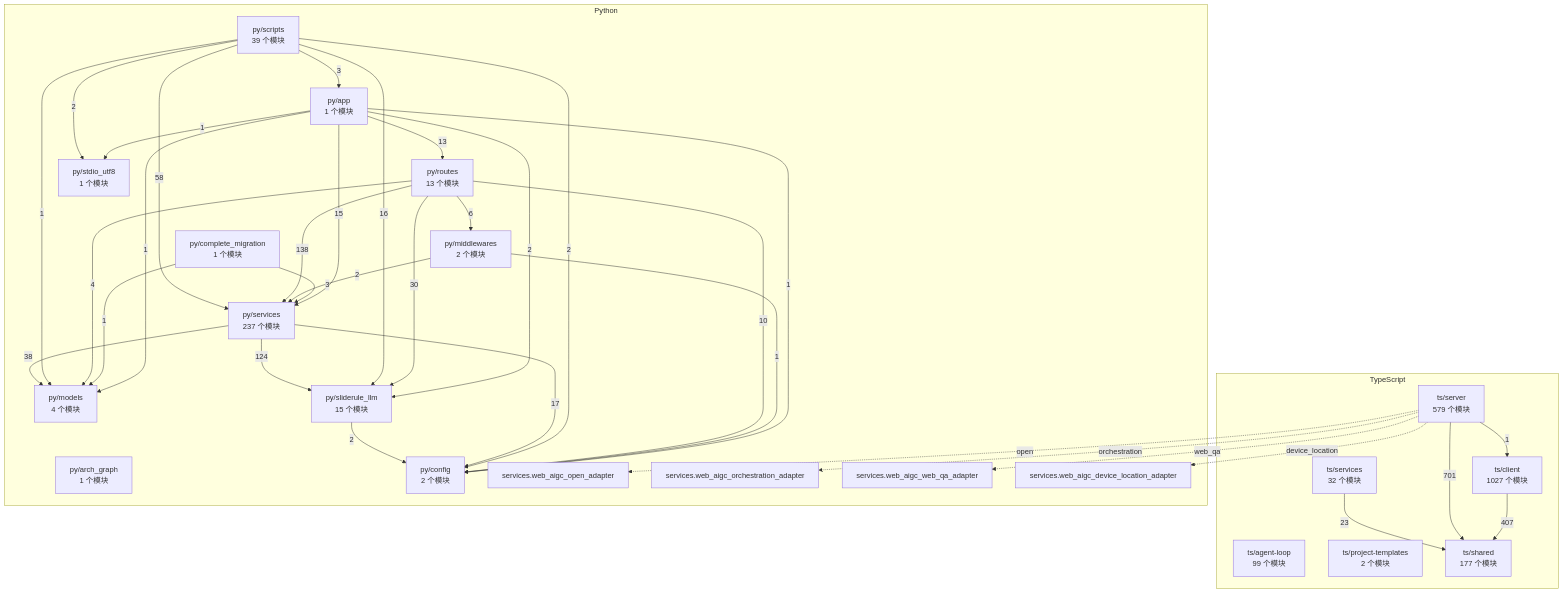
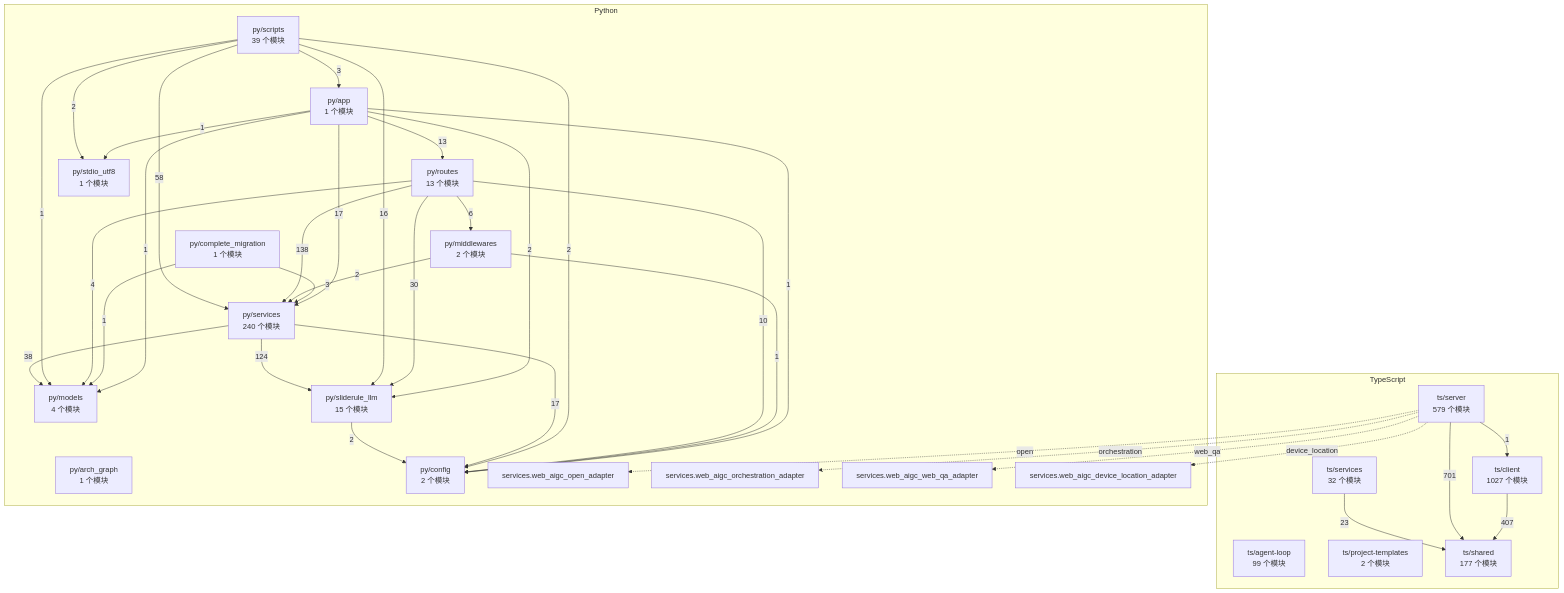
Before and after one commit to 2686521696/WhyBuddy: the diagram in docs/WhyBuddy 全仓架构图（自动生成）.md, drawn with Mermaid. The commit also changed 18 other files, not shown here.

````diff
--- a/docs/WhyBuddy 全仓架构图（自动生成）.md
+++ b/docs/WhyBuddy 全仓架构图（自动生成）.md
@@ -14,61 +14,61 @@
 ```mermaid
 flowchart TB
   subgraph ts [TypeScript]
     ts_agent_loop["ts/agent-loop<br/>99 个模块"]
     ts_client["ts/client<br/>1027 个模块"]
     ts_project_templates["ts/project-templates<br/>2 个模块"]
     ts_server["ts/server<br/>579 个模块"]
     ts_services["ts/services<br/>32 个模块"]
     ts_shared["ts/shared<br/>177 个模块"]
   end
   subgraph py [Python]
     py_app["py/app<br/>1 个模块"]
     py_arch_graph["py/arch_graph<br/>1 个模块"]
     py_complete_migration["py/complete_migration<br/>1 个模块"]
     py_config["py/config<br/>2 个模块"]
     py_middlewares["py/middlewares<br/>2 个模块"]
     py_models["py/models<br/>4 个模块"]
     py_routes["py/routes<br/>13 个模块"]
     py_scripts["py/scripts<br/>39 个模块"]
-    py_services["py/services<br/>237 个模块"]
+    py_services["py/services<br/>240 个模块"]
     py_sliderule_llm["py/sliderule_llm<br/>15 个模块"]
     py_stdio_utf8["py/stdio_utf8<br/>1 个模块"]
     py_services_web_aigc_open_adapter["services.web_aigc_open_adapter"]
     py_services_web_aigc_orchestration_adapter["services.web_aigc_orchestration_adapter"]
     py_services_web_aigc_web_qa_adapter["services.web_aigc_web_qa_adapter"]
     py_services_web_aigc_device_location_adapter["services.web_aigc_device_location_adapter"]
   end
   ts_client -->|407| ts_shared
   ts_server -->|1| ts_client
   ts_server -->|701| ts_shared
   ts_services -->|23| ts_shared
   py_app -->|1| py_config
   py_app -->|1| py_models
   py_app -->|13| py_routes
-  py_app -->|15| py_services
+  py_app -->|17| py_services
   py_app -->|2| py_sliderule_llm
   py_app -->|1| py_stdio_utf8
   py_complete_migration -->|1| py_models
   py_complete_migration -->|3| py_services
   py_middlewares -->|1| py_config
   py_middlewares -->|2| py_services
   py_routes -->|10| py_config
   py_routes -->|6| py_middlewares
   py_routes -->|4| py_models
   py_routes -->|138| py_services
   py_routes -->|30| py_sliderule_llm
   py_scripts -->|3| py_app
   py_scripts -->|2| py_config
   py_scripts -->|1| py_models
   py_scripts -->|58| py_services
   py_scripts -->|16| py_sliderule_llm
   py_scripts -->|2| py_stdio_utf8
   py_services -->|17| py_config
   py_services -->|38| py_models
   py_services -->|124| py_sliderule_llm
   py_sliderule_llm -->|2| py_config
   ts_server -.->|open| py_services_web_aigc_open_adapter
   ts_server -.->|orchestration| py_services_web_aigc_orchestration_adapter
   ts_server -.->|web_qa| py_services_web_aigc_web_qa_adapter
   ts_server -.->|device_location| py_services_web_aigc_device_location_adapter
 ```
````
